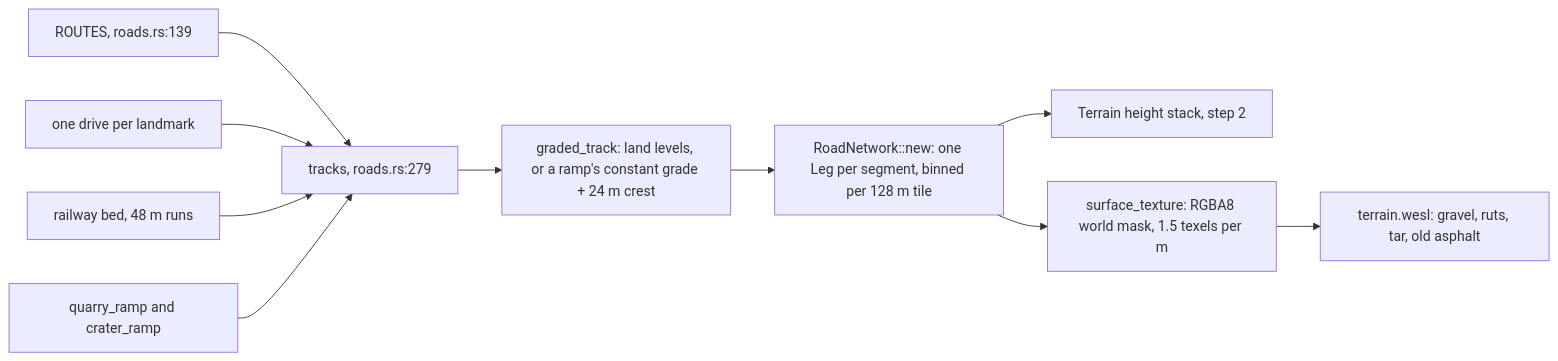
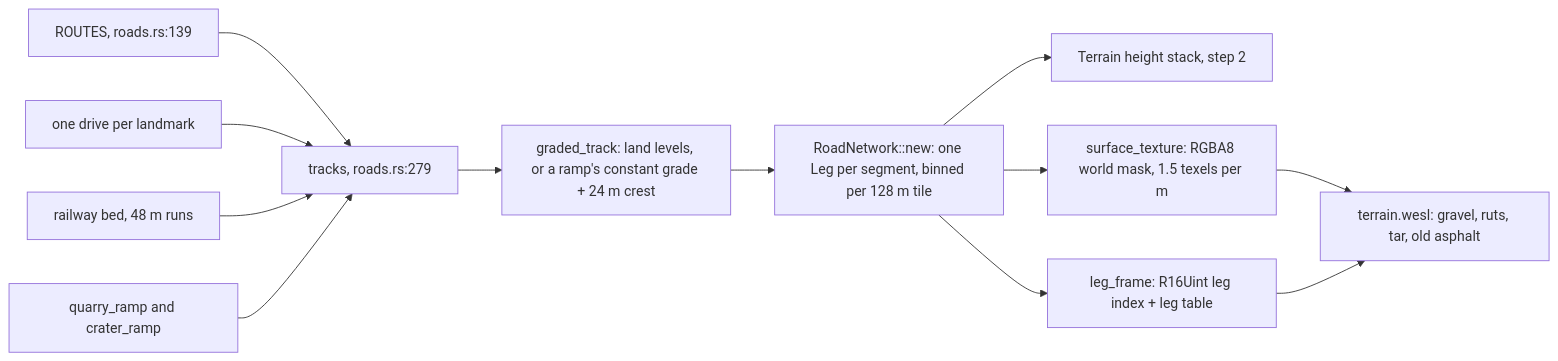
The ninth of 27 diagrams in arch-readme-detailed.md (bemcho/roadside-picnic-overwatch), drawn with Mermaid before and after one commit. The commit also changed other lines of this file and 3 other files, not shown here.

````diff
--- a/arch-readme-detailed.md
+++ b/arch-readme-detailed.md
@@ -684,12 +684,14 @@
 ```mermaid
 flowchart LR
     R["ROUTES, roads.rs:139"] --> T["tracks, roads.rs:279"]
     D["one drive per landmark"] --> T
     RB["railway bed, 48 m runs"] --> T
     RP["quarry_ramp and crater_ramp"] --> T
     T --> G["graded_track: land levels, or a ramp's constant grade + 24 m crest"]
     G --> N["RoadNetwork::new: one Leg per segment, binned per 128 m tile"]
     N --> H["Terrain height stack, step 2"]
     N --> M["surface_texture: RGBA8 world mask, 1.5 texels per m"]
     M --> SH["terrain.wesl: gravel, ruts, tar, old asphalt"]
+    N --> F["leg_frame: R16Uint leg index + leg table"]
+    F --> SH
 ```
````
